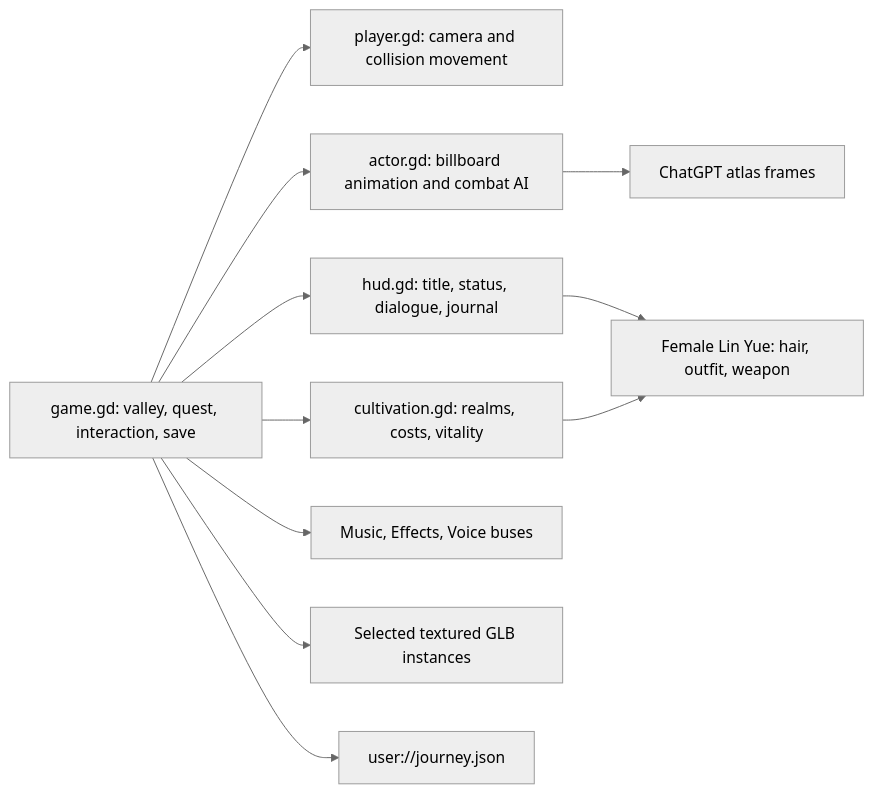
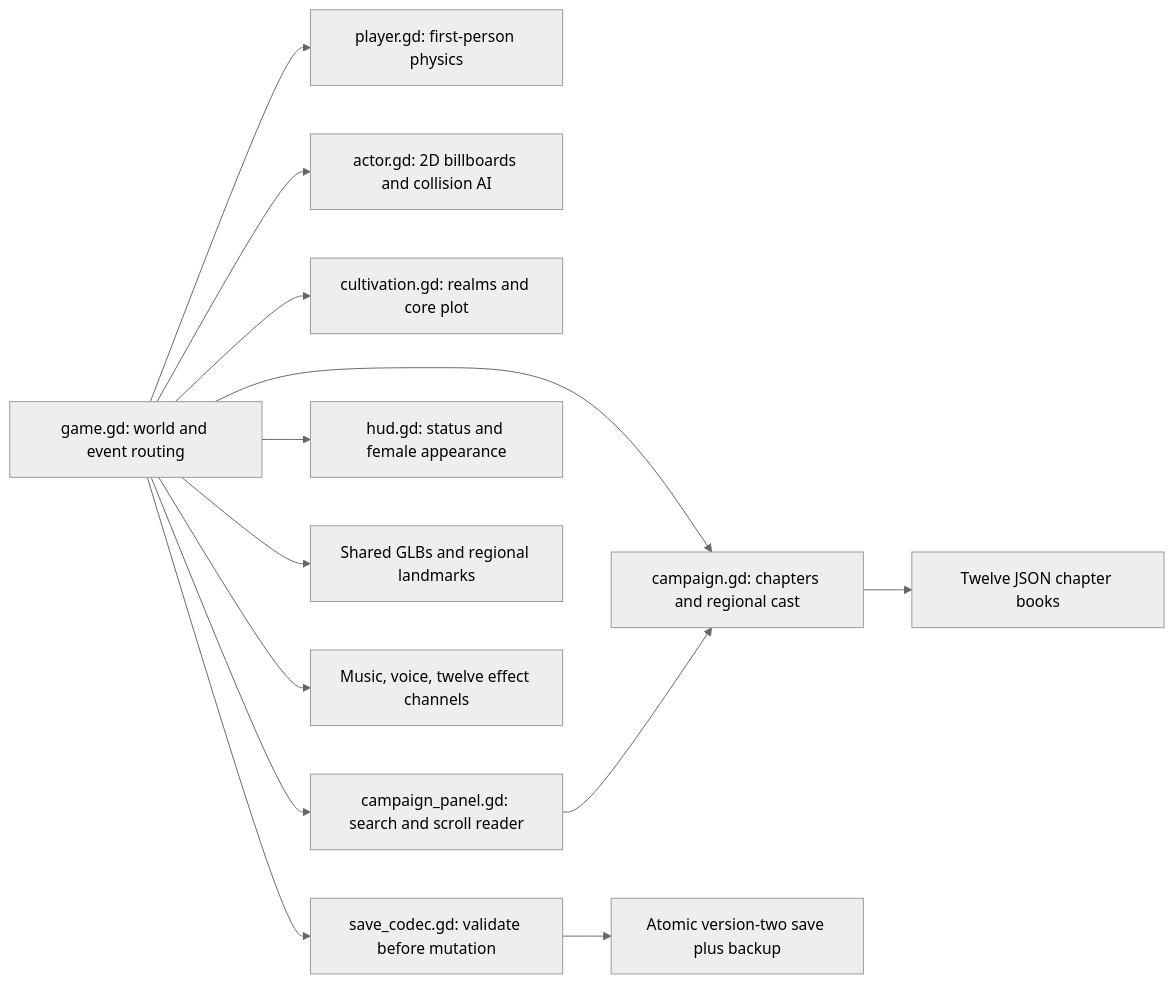
The third of 5 diagrams in docs/DESIGN.md (jgyy/2.5dxianxia), drawn with Mermaid (neutral theme) before and after one commit. The commit also changed other lines of this file and 1402 other files, not shown here.

Commit message:
Expand the regional campaign and repair audited gameplay and save failures (#2)

````diff
--- a/docs/DESIGN.md
+++ b/docs/DESIGN.md
@@ -28,13 +43,15 @@
 ```mermaid
 flowchart LR
-    Main[game.gd: valley, quest, interaction, save] --> Player[player.gd: camera and collision movement]
-    Main --> Actors[actor.gd: billboard animation and combat AI]
-    Main --> State[cultivation.gd: realms, costs, vitality]
-    Main --> HUD[hud.gd: title, status, dialogue, journal]
-    Main --> Audio[Music, Effects, Voice buses]
-    Actors --> Atlases[ChatGPT atlas frames]
-    HUD --> Avatar[Female Lin Yue: hair, outfit, weapon]
-    State --> Avatar
-    Main --> World[Selected textured GLB instances]
-    Main --> Save[user://journey.json]
+    Game[game.gd: world and event routing] --> Player[player.gd: first-person physics]
+    Game --> Actors[actor.gd: 2D billboards and collision AI]
+    Game --> Core[cultivation.gd: realms and core plot]
+    Game --> Campaign[campaign.gd: chapters and regional cast]
+    Campaign --> Books[Twelve JSON chapter books]
+    Game --> Panel[campaign_panel.gd: search and scroll reader]
+    Panel --> Campaign
+    Game --> HUD[hud.gd: status and female appearance]
+    Game --> GLB[Shared GLBs and regional landmarks]
+    Game --> Audio[Music, voice, twelve effect channels]
+    Game --> Codec[save_codec.gd: validate before mutation]
+    Codec --> Save[Atomic version-two save plus backup]
 ```
````
